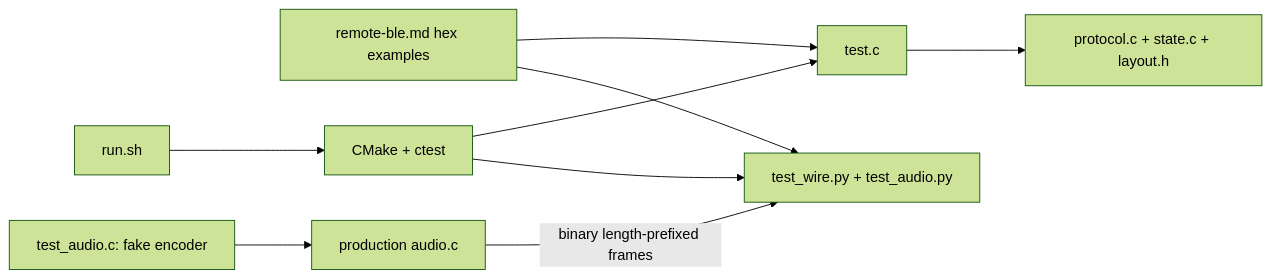
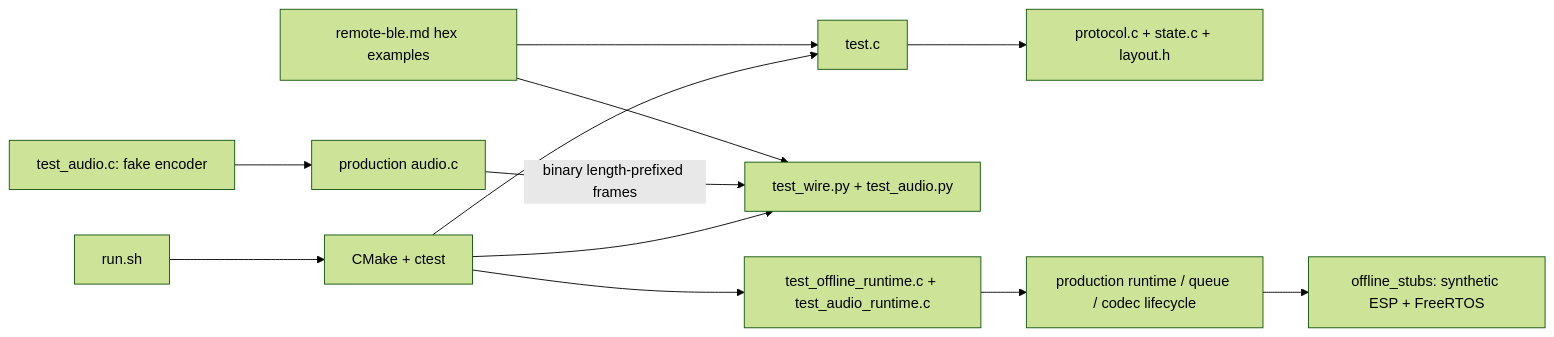
Before and after one commit to Harwasch/voiceremote: the diagram in FW/tests/README.md, drawn with Mermaid (forest theme). The commit also changed other lines of this file and 58 other files, not shown here.

````diff
--- a/FW/tests/README.md
+++ b/FW/tests/README.md
@@ -3,10 +3,12 @@
 ```mermaid
 flowchart LR
     Contract[remote-ble.md hex examples] --> C[test.c]
     C --> Logic[protocol.c + state.c + layout.h]
     Contract --> Python[test_wire.py + test_audio.py]
     Audio[test_audio.c: fake encoder] --> Framer[production audio.c]
     Framer -->|binary length-prefixed frames| Python
+    Runtime[test_offline_runtime.c + test_audio_runtime.c] --> Lifecycle[production runtime / queue / codec lifecycle]
+    Lifecycle --> Stubs[offline_stubs: synthetic ESP + FreeRTOS]
     Run[run.sh] --> CTest[CMake + ctest]
-    CTest --> C & Python
+    CTest --> C & Python & Runtime
 ```
````
